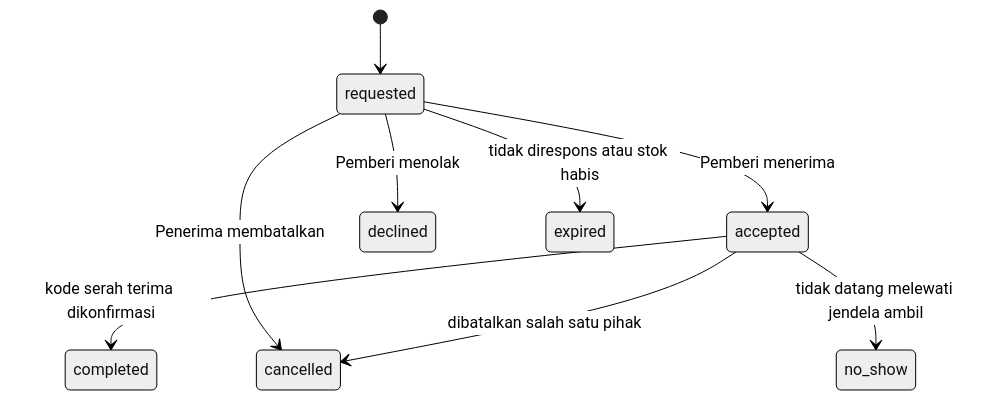
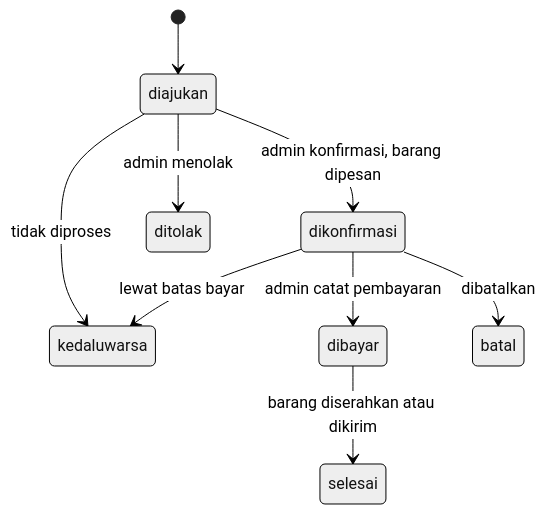
One commit to muhamadnaufan37/barokahin-fe changed the sixth of 6 diagrams in docs/prd.md. Above: the diagram before and after it, drawn with Mermaid (neutral theme). The commit also changed other lines of this file and 43 other files, not shown here.

````diff
--- a/docs/prd.md
+++ b/docs/prd.md
@@ -275,11 +277,11 @@
 ```mermaid
 stateDiagram-v2
-    [*] --> requested
-    requested --> accepted: Pemberi menerima
-    requested --> declined: Pemberi menolak
-    requested --> cancelled: Penerima membatalkan
-    requested --> expired: tidak direspons atau stok habis
-    accepted --> completed: kode serah terima dikonfirmasi
-    accepted --> cancelled: dibatalkan salah satu pihak
-    accepted --> no_show: tidak datang melewati jendela ambil
+    [*] --> diajukan
+    diajukan --> dikonfirmasi: admin konfirmasi, barang dipesan
+    diajukan --> ditolak: admin menolak
+    diajukan --> kedaluwarsa: tidak diproses
+    dikonfirmasi --> dibayar: admin catat pembayaran
+    dikonfirmasi --> batal: dibatalkan
+    dikonfirmasi --> kedaluwarsa: lewat batas bayar
+    dibayar --> selesai: barang diserahkan atau dikirim
 ```
````
